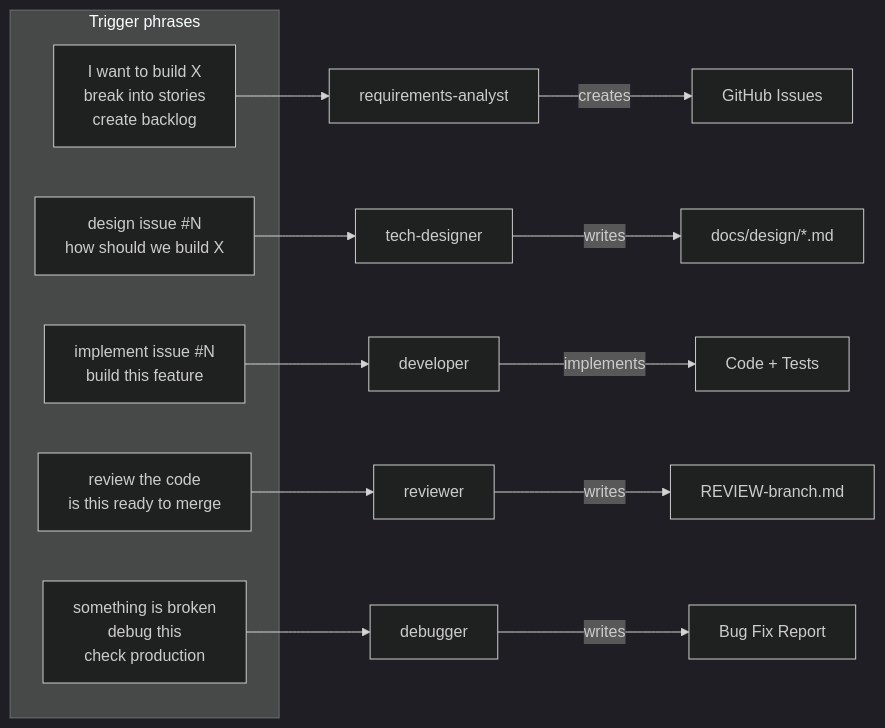
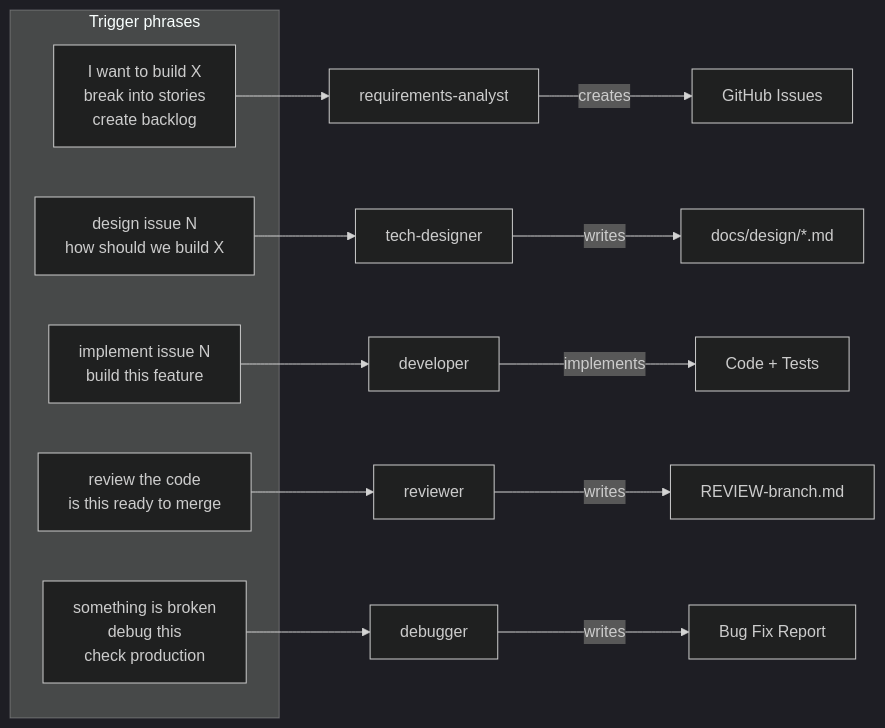
The seventh of 10 diagrams in README.md (manikumarkv/devrunway-claude-plugin), drawn with Mermaid (dark theme) before and after one commit. The commit also changed other lines of this file, not shown here.

First line of the commit message:
fix(docs): fix Mermaid lexer errors in all diagrams

````diff
--- a/README.md
+++ b/README.md
@@ -209,22 +210,22 @@
 ```mermaid
 flowchart LR
-    subgraph Trigger phrases
+    subgraph Triggers["Trigger phrases"]
         T1["I want to build X\nbreak into stories\ncreate backlog"]
-        T2["design issue #N\nhow should we build X"]
-        T3["implement issue #N\nbuild this feature"]
+        T2["design issue N\nhow should we build X"]
+        T3["implement issue N\nbuild this feature"]
         T4["review the code\nis this ready to merge"]
         T5["something is broken\ndebug this\ncheck production"]
     end
 
     T1 --> A1[requirements-analyst]
     T2 --> A2[tech-designer]
     T3 --> A3[developer]
     T4 --> A4[reviewer]
     T5 --> A5[debugger]
 
     A1 -->|creates| G[GitHub Issues]
-    A2 -->|writes| D[docs/design/*.md]
+    A2 -->|writes| D["docs/design/*.md"]
     A3 -->|implements| C[Code + Tests]
-    A4 -->|writes| R[REVIEW-branch.md]
-    A5 -->|writes| B[Bug Fix Report]
+    A4 -->|writes| R["REVIEW-branch.md"]
+    A5 -->|writes| BF[Bug Fix Report]
 ```
````
